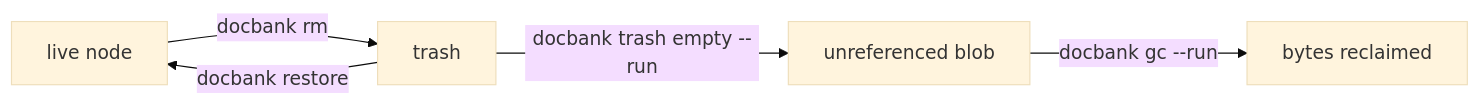
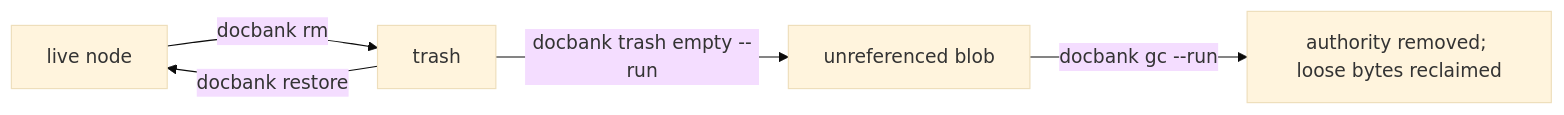
One commit to kenn-io/docbank changed the diagram in docs/usage/trash-and-gc.md. Above: the diagram before and after it, drawn with Mermaid (base theme). The commit also changed other lines of this file and 7 other files, not shown here.

````diff
--- a/docs/usage/trash-and-gc.md
+++ b/docs/usage/trash-and-gc.md
@@ -12,7 +12,7 @@
 ```mermaid
 flowchart LR
     A[live node] -- "docbank rm" --> B[trash]
     B -- "docbank restore" --> A
     B -- "docbank trash empty --run" --> C[unreferenced blob]
-    C -- "docbank gc --run" --> D[bytes reclaimed]
+    C -- "docbank gc --run" --> D[authority removed; loose bytes reclaimed]
 ```
````
